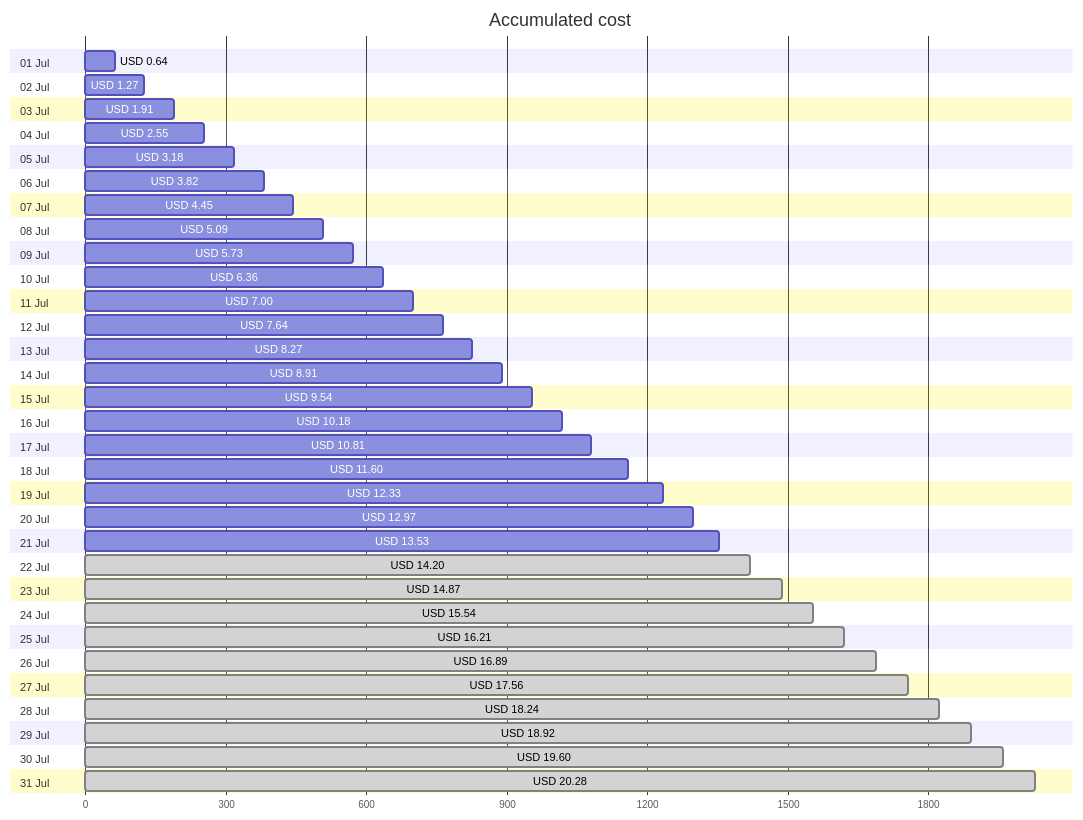
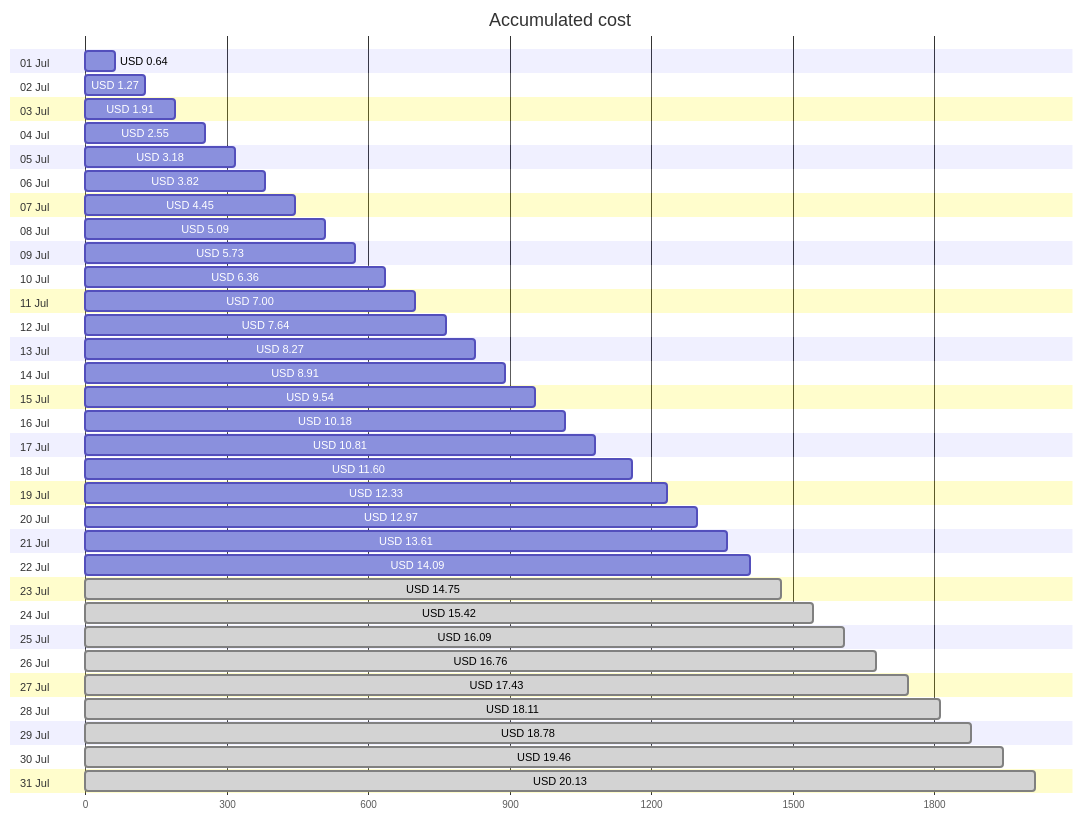
Before and after one commit to jpfulton/azure-personal-reports: the first of 4 diagrams in cost-reports/accumulated-cost.md, drawn with Mermaid. The commit also changed other lines of this file and 4 other files, not shown here.

````diff
--- a/cost-reports/accumulated-cost.md
+++ b/cost-reports/accumulated-cost.md
@@ -20,68 +20,68 @@
 ```mermaid
 gantt
    title Accumulated cost
    dateFormat  X
    axisFormat %s
    section 01 Jul
    USD 0.64 :0, 64
    section 02 Jul
    USD 1.27 :0, 127
    section 03 Jul
    USD 1.91 :0, 191
    section 04 Jul
    USD 2.55 :0, 255
    section 05 Jul
    USD 3.18 :0, 318
    section 06 Jul
    USD 3.82 :0, 382
    section 07 Jul
    USD 4.45 :0, 445
    section 08 Jul
    USD 5.09 :0, 509
    section 09 Jul
    USD 5.73 :0, 573
    section 10 Jul
    USD 6.36 :0, 636
    section 11 Jul
    USD 7.00 :0, 700
    section 12 Jul
    USD 7.64 :0, 764
    section 13 Jul
    USD 8.27 :0, 827
    section 14 Jul
    USD 8.91 :0, 891
    section 15 Jul
    USD 9.54 :0, 954
    section 16 Jul
    USD 10.18 :0, 1018
    section 17 Jul
    USD 10.81 :0, 1081
    section 18 Jul
    USD 11.60 :0, 1160
    section 19 Jul
    USD 12.33 :0, 1233
    section 20 Jul
    USD 12.97 :0, 1297
    section 21 Jul
-   USD 13.53 :0, 1353
+   USD 13.61 :0, 1361
    section 22 Jul
-   USD 14.20 : done, 0, 1420
+   USD 14.09 :0, 1409
    section 23 Jul
-   USD 14.87 : done, 0, 1487
+   USD 14.75 : done, 0, 1475
    section 24 Jul
-   USD 15.54 : done, 0, 1554
+   USD 15.42 : done, 0, 1542
    section 25 Jul
-   USD 16.21 : done, 0, 1621
+   USD 16.09 : done, 0, 1609
    section 26 Jul
-   USD 16.89 : done, 0, 1689
+   USD 16.76 : done, 0, 1676
    section 27 Jul
-   USD 17.56 : done, 0, 1756
+   USD 17.43 : done, 0, 1743
    section 28 Jul
-   USD 18.24 : done, 0, 1824
+   USD 18.11 : done, 0, 1811
    section 29 Jul
-   USD 18.92 : done, 0, 1892
+   USD 18.78 : done, 0, 1878
    section 30 Jul
-   USD 19.60 : done, 0, 1960
+   USD 19.46 : done, 0, 1946
    section 31 Jul
-   USD 20.28 : done, 0, 2028
+   USD 20.13 : done, 0, 2013
 ```
````
